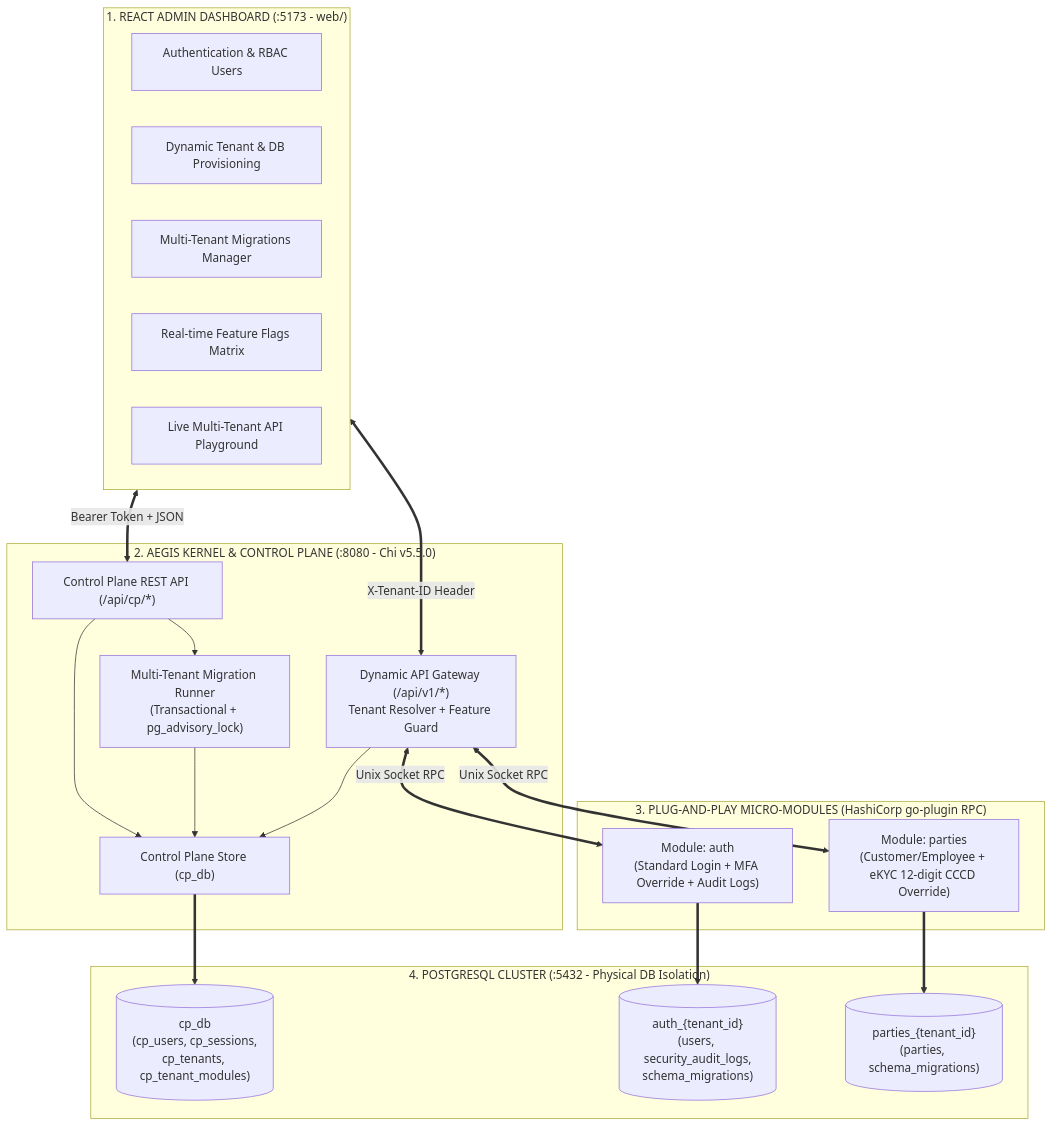
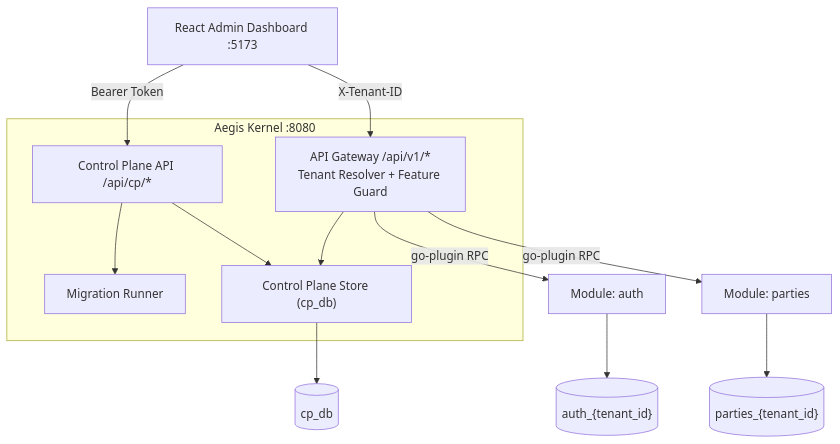
The diagram in README.md (dudangphuoc/aegis-kernel), drawn with Mermaid before and after one commit. The commit also changed other lines of this file and 29 other files, not shown here.

````diff
--- a/README.md
+++ b/README.md
@@ -30,43 +17,24 @@
 ```mermaid
 flowchart TD
-    subgraph UI["1. REACT ADMIN DASHBOARD (:5173 - web/)"]
-        TabAuth["Authentication & RBAC Users"]
-        TabTenant["Dynamic Tenant & DB Provisioning"]
-        TabMig["Multi-Tenant Migrations Manager"]
-        TabFeature["Real-time Feature Flags Matrix"]
-        TabPlay["Live Multi-Tenant API Playground"]
-    end
+    UI["React Admin Dashboard :5173"]
 
-    subgraph Kernel["2. AEGIS KERNEL & CONTROL PLANE (:8080 - Chi v5.5.0)"]
-        CPAPI["Control Plane REST API (/api/cp/*)"]
-        Migrator["Multi-Tenant Migration Runner<br/>(Transactional + pg_advisory_lock)"]
+    subgraph Kernel["Aegis Kernel :8080"]
+        CPAPI["Control Plane API /api/cp/*"]
+        Migrator["Migration Runner"]
         CPStore["Control Plane Store (cp_db)"]
-        GW["Dynamic API Gateway (/api/v1/*)<br/>Tenant Resolver + Feature Guard"]
-
+        GW["API Gateway /api/v1/*<br/>Tenant Resolver + Feature Guard"]
         CPAPI --> CPStore
         CPAPI --> Migrator
-        Migrator --> CPStore
         GW --> CPStore
     end
 
-    UI <== "Bearer Token + JSON" ==> CPAPI
-    UI <== "X-Tenant-ID Header" ==> GW
+    UI -- "Bearer Token" --> CPAPI
+    UI -- "X-Tenant-ID" --> GW
 
-    subgraph IPC["3. PLUG-AND-PLAY MICRO-MODULES (HashiCorp go-plugin RPC)"]
-        ModAuth["Module: auth<br/>(Standard Login + MFA Override + Audit Logs)"]
-        ModParties["Module: parties<br/>(Customer/Employee + eKYC 12-digit CCCD Override)"]
-    end
+    GW -- "go-plugin RPC" --> ModAuth["Module: auth"]
+    GW -- "go-plugin RPC" --> ModParties["Module: parties"]
 
-    GW <== "Unix Socket RPC" ==> ModAuth
-    GW <== "Unix Socket RPC" ==> ModParties
-
-    subgraph PG["4. POSTGRESQL CLUSTER (:5432 - Physical DB Isolation)"]
-        DB_CP[("cp_db<br/>(cp_users, cp_sessions,<br/>cp_tenants, cp_tenant_modules)")]
-        DB_AuthT[("auth_{tenant_id}<br/>(users, security_audit_logs,<br/>schema_migrations)")]
-        DB_PartyT[("parties_{tenant_id}<br/>(parties, schema_migrations)")]
-    end
-
-    CPStore ==> DB_CP
-    ModAuth ==> DB_AuthT
-    ModParties ==> DB_PartyT
+    CPStore --> DB_CP[("cp_db")]
+    ModAuth --> DB_Auth[("auth_{tenant_id}")]
+    ModParties --> DB_Party[("parties_{tenant_id}")]
 ```
````
